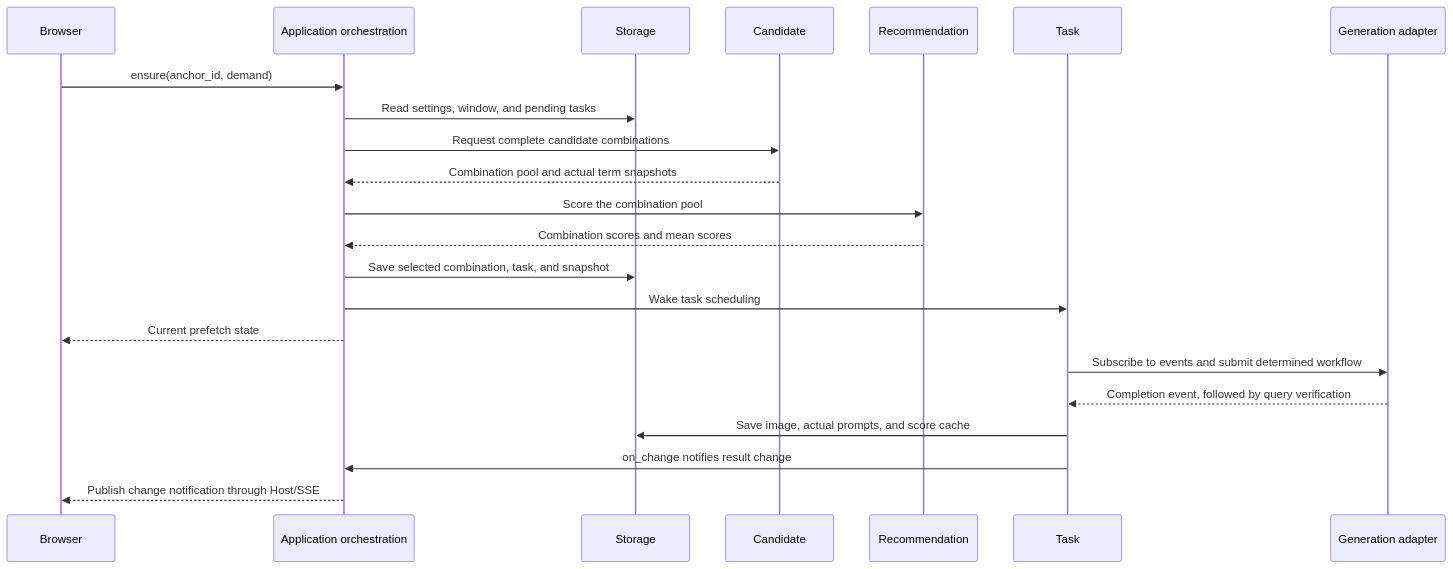
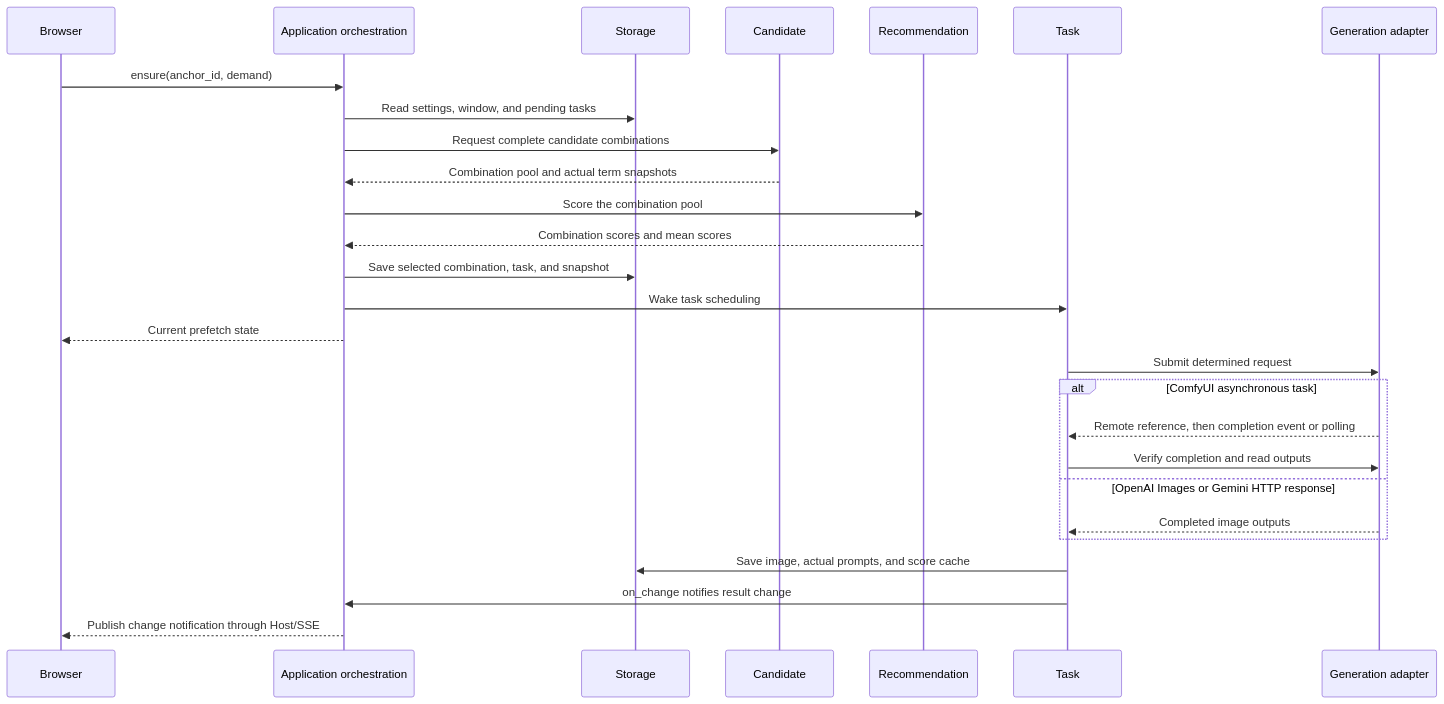
One commit to Lykr/pictide changed the second of 3 diagrams in docs/dev/architecture/flows.md. Above: the diagram before and after it, drawn with Mermaid. The commit also changed other lines of this file and 53 other files, not shown here.

Commit message:
feat(generation): support OpenAI Images and Gemini backends

````diff
--- a/docs/dev/architecture/flows.md
+++ b/docs/dev/architecture/flows.md
@@ -43,24 +43,29 @@
 ```mermaid
 sequenceDiagram
     participant UI as Browser
     participant App as Application orchestration
     participant Store as Storage
     participant Candidate as Candidate
     participant Rec as Recommendation
     participant Task as Task
     participant Gen as Generation adapter
     UI->>App: ensure(anchor_id, demand)
     App->>Store: Read settings, window, and pending tasks
     App->>Candidate: Request complete candidate combinations
     Candidate-->>App: Combination pool and actual term snapshots
     App->>Rec: Score the combination pool
     Rec-->>App: Combination scores and mean scores
     App->>Store: Save selected combination, task, and snapshot
     App->>Task: Wake task scheduling
     App-->>UI: Current prefetch state
-    Task->>Gen: Subscribe to events and submit determined workflow
-    Gen-->>Task: Completion event, followed by query verification
+    Task->>Gen: Submit determined request
+    alt ComfyUI asynchronous task
+        Gen-->>Task: Remote reference, then completion event or polling
+        Task->>Gen: Verify completion and read outputs
+    else OpenAI Images or Gemini HTTP response
+        Gen-->>Task: Completed image outputs
+    end
     Task->>Store: Save image, actual prompts, and score cache
     Task->>App: on_change notifies result change
     App-->>UI: Publish change notification through Host/SSE
 ```
````
